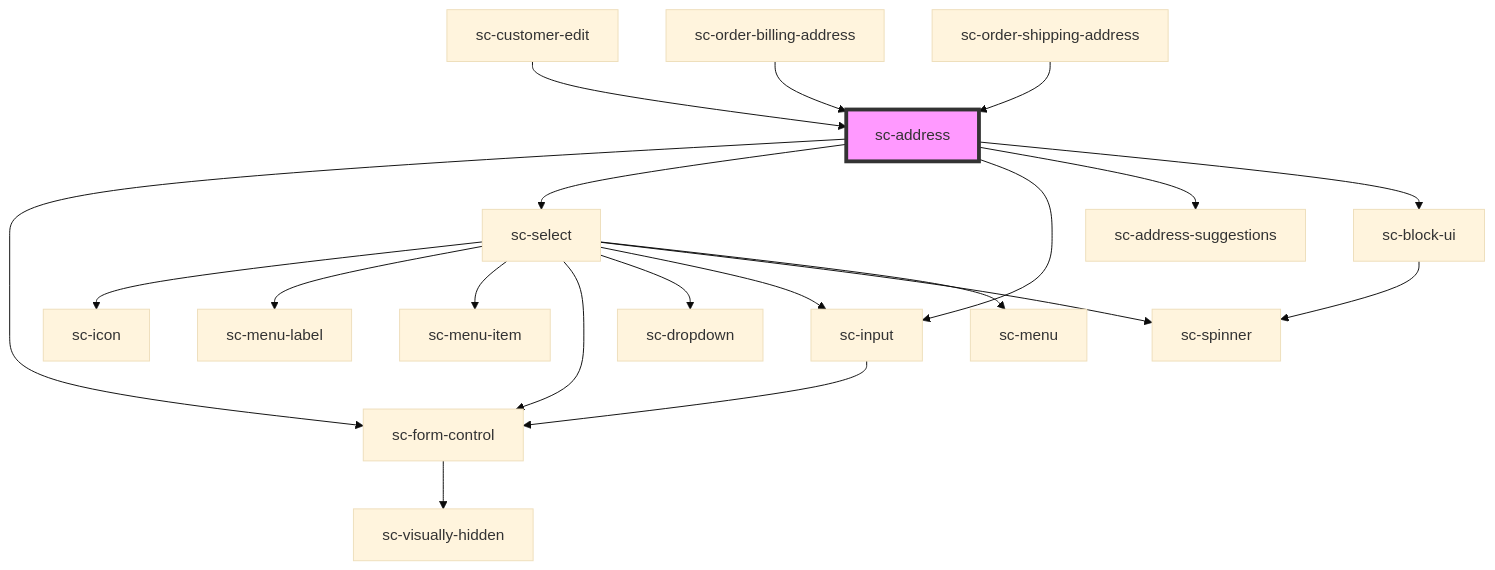
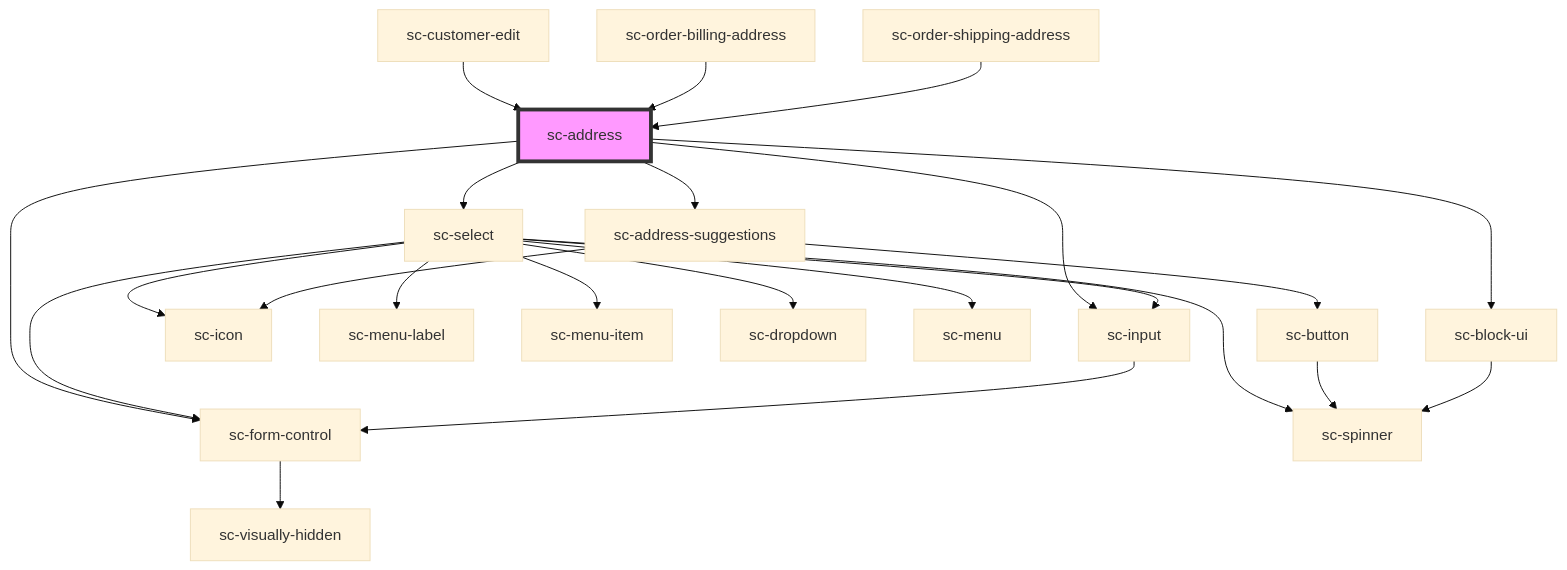
One commit to surecart/surecart-wp-plugin changed the diagram in packages/components/src/components/ui/address/readme.md. Above: the diagram before and after it, drawn with Mermaid (base theme). The commit also changed 13 other files, not shown here.

Commit message:
Improved sc-address-suggestions to to no results and manual entry

````diff
--- a/packages/components/src/components/ui/address/readme.md
+++ b/packages/components/src/components/ui/address/readme.md
@@ -88,23 +88,26 @@
 ```mermaid
 graph TD;
   sc-address --> sc-form-control
   sc-address --> sc-select
   sc-address --> sc-input
   sc-address --> sc-address-suggestions
   sc-address --> sc-block-ui
   sc-form-control --> sc-visually-hidden
   sc-select --> sc-icon
   sc-select --> sc-menu-label
   sc-select --> sc-menu-item
   sc-select --> sc-form-control
   sc-select --> sc-dropdown
   sc-select --> sc-input
   sc-select --> sc-spinner
   sc-select --> sc-menu
   sc-input --> sc-form-control
+  sc-address-suggestions --> sc-button
+  sc-address-suggestions --> sc-icon
+  sc-button --> sc-spinner
   sc-block-ui --> sc-spinner
   sc-customer-edit --> sc-address
   sc-order-billing-address --> sc-address
   sc-order-shipping-address --> sc-address
   style sc-address fill:#f9f,stroke:#333,stroke-width:4px
 ```
````
